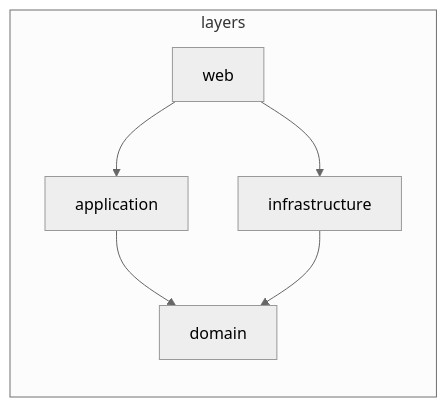
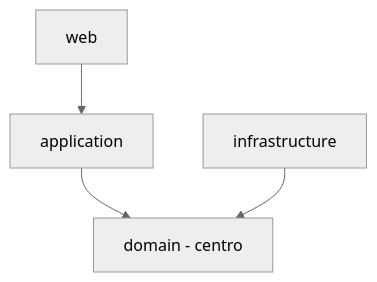
One commit to jhonier182/LedgerCloud changed the third of 3 diagrams in .cursor/plans/arquitectura_saas_ledgercloud_92f13d9d.plan.md. Above: the diagram before and after it, drawn with Mermaid (neutral theme). The commit also changed other lines of this file and 41 other files, not shown here.

Commit message:
Refactor project structure to enhance modularity and clarify domain events; update application scanning configuration.

````diff
--- a/.cursor/plans/arquitectura_saas_ledgercloud_92f13d9d.plan.md
+++ b/.cursor/plans/arquitectura_saas_ledgercloud_92f13d9d.plan.md
@@ -257,14 +253,11 @@
 ```mermaid
-flowchart LR
-    subgraph layers
-        web[web]
-        app[application]
-        domain[domain]
-        infra[infrastructure]
-    end
+flowchart TB
+    domain[domain - centro]
+    app[application]
+    infra[infrastructure]
+    web[web]
     
-    web --> app
     app --> domain
     infra --> domain
-    web --> infra
+    web --> app
 ```
````
